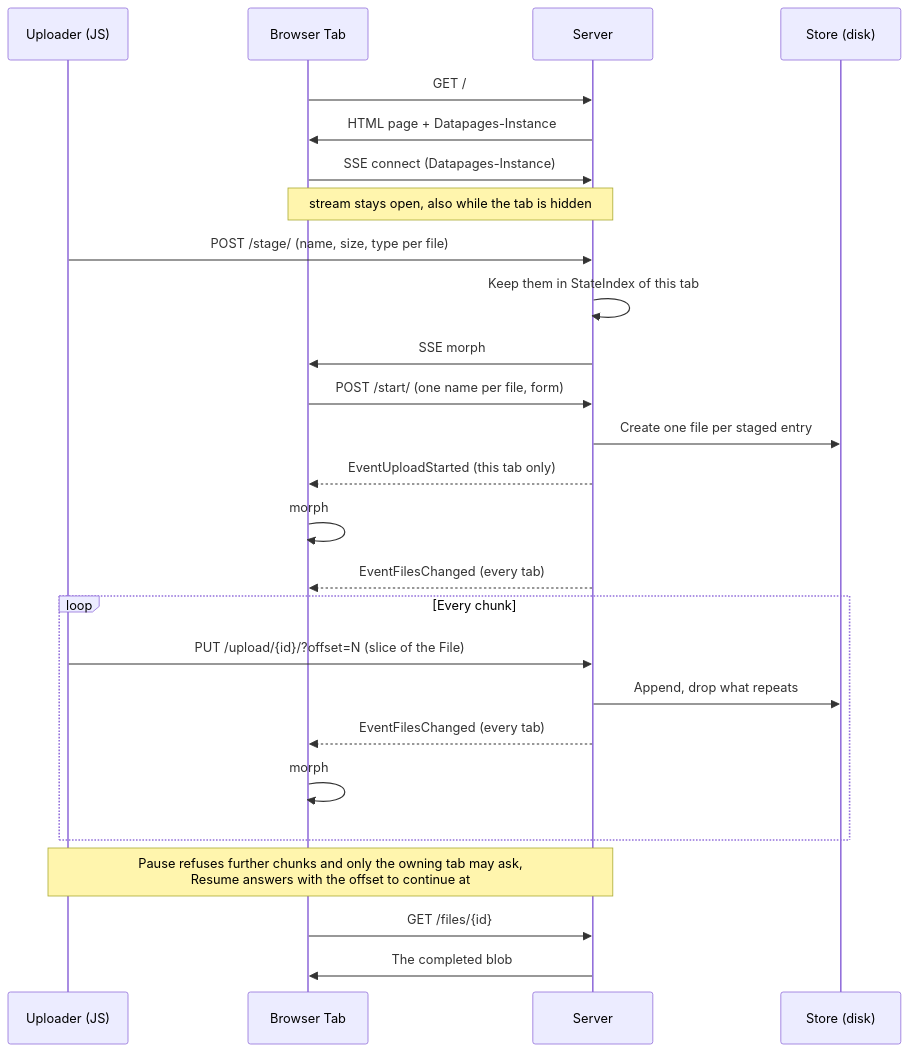
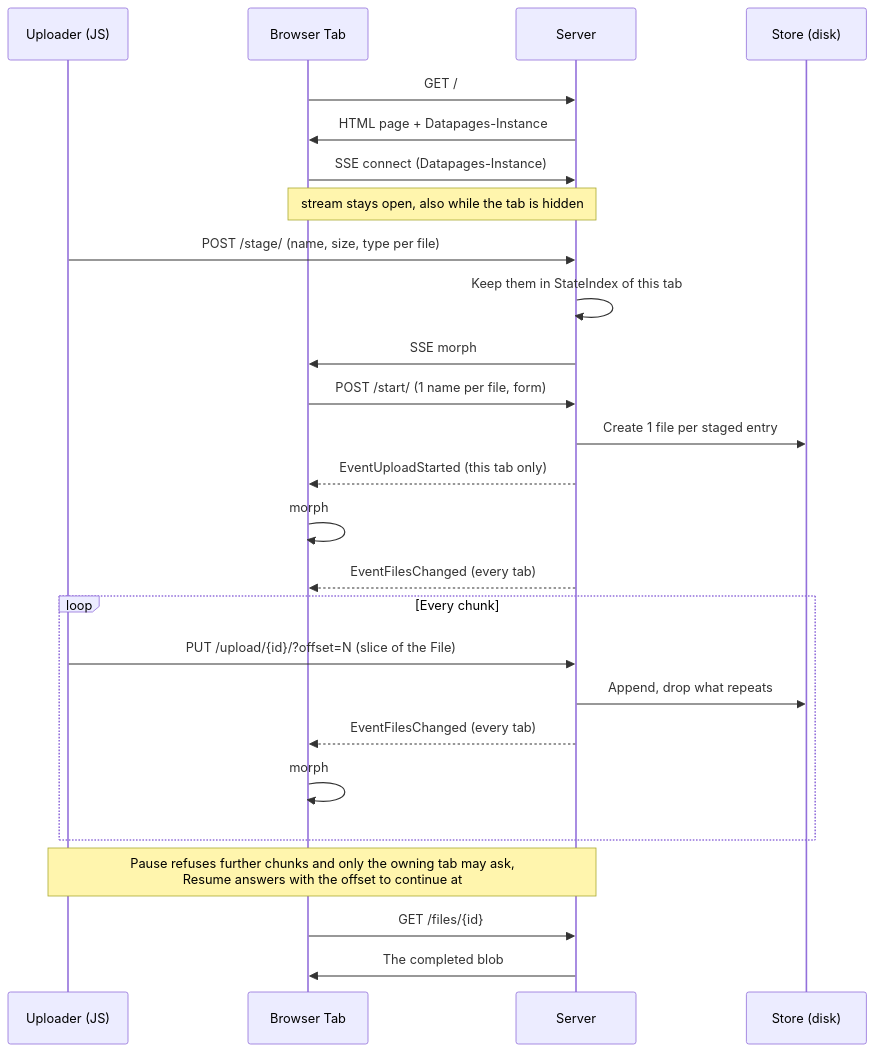
One commit to romshark/datapages changed the diagram in example/file-upload/README.md. Above: the diagram before and after it, drawn with Mermaid. The commit also changed other lines of this file and 561 other files, not shown here.

````diff
--- a/example/file-upload/README.md
+++ b/example/file-upload/README.md
@@ -129,34 +129,34 @@
 ```mermaid
 sequenceDiagram
     participant U as Uploader (JS)
     participant B as Browser Tab
     participant S as Server
     participant D as Store (disk)
 
     B->>S: GET /
     S->>B: HTML page + Datapages-Instance
     B->>S: SSE connect (Datapages-Instance)
     Note over B,S: stream stays open, also while the tab is hidden
 
     U->>S: POST /stage/ (name, size, type per file)
     S->>S: Keep them in StateIndex of this tab
     S->>B: SSE morph #upload-dialog
 
-    B->>S: POST /start/ (one name per file, form)
-    S->>D: Create one file per staged entry
+    B->>S: POST /start/ (1 name per file, form)
+    S->>D: Create 1 file per staged entry
     S-->>B: EventUploadStarted (this tab only)
     B->>B: morph #upload-dialog away, dpUpload.start(jobs)
     S-->>B: EventFilesChanged (every tab)
 
     loop Every chunk
         U->>S: PUT /upload/{id}/?offset=N (slice of the File)
         S->>D: Append, drop what repeats
         S-->>B: EventFilesChanged (every tab)
         B->>B: morph #file-list, progress bar and bytes
     end
 
     Note over U,S: Pause refuses further chunks and only the owning tab may ask,<br/>Resume answers with the offset to continue at
 
     B->>S: GET /files/{id}
     S->>B: The completed blob
 ```
````
